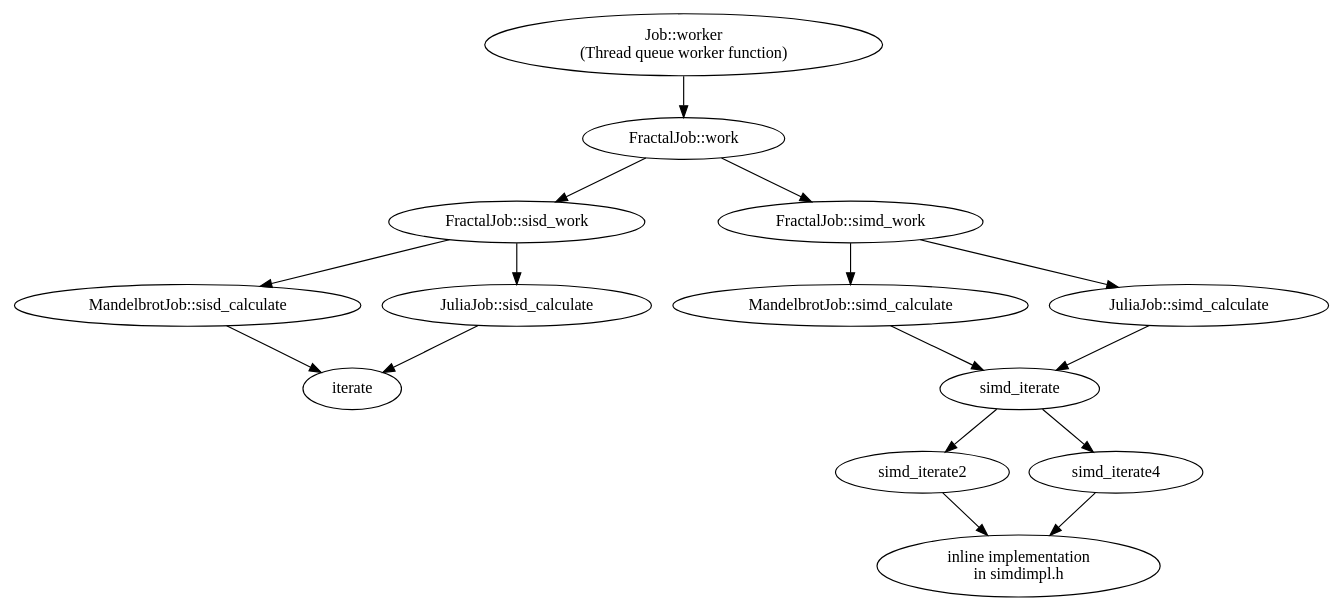
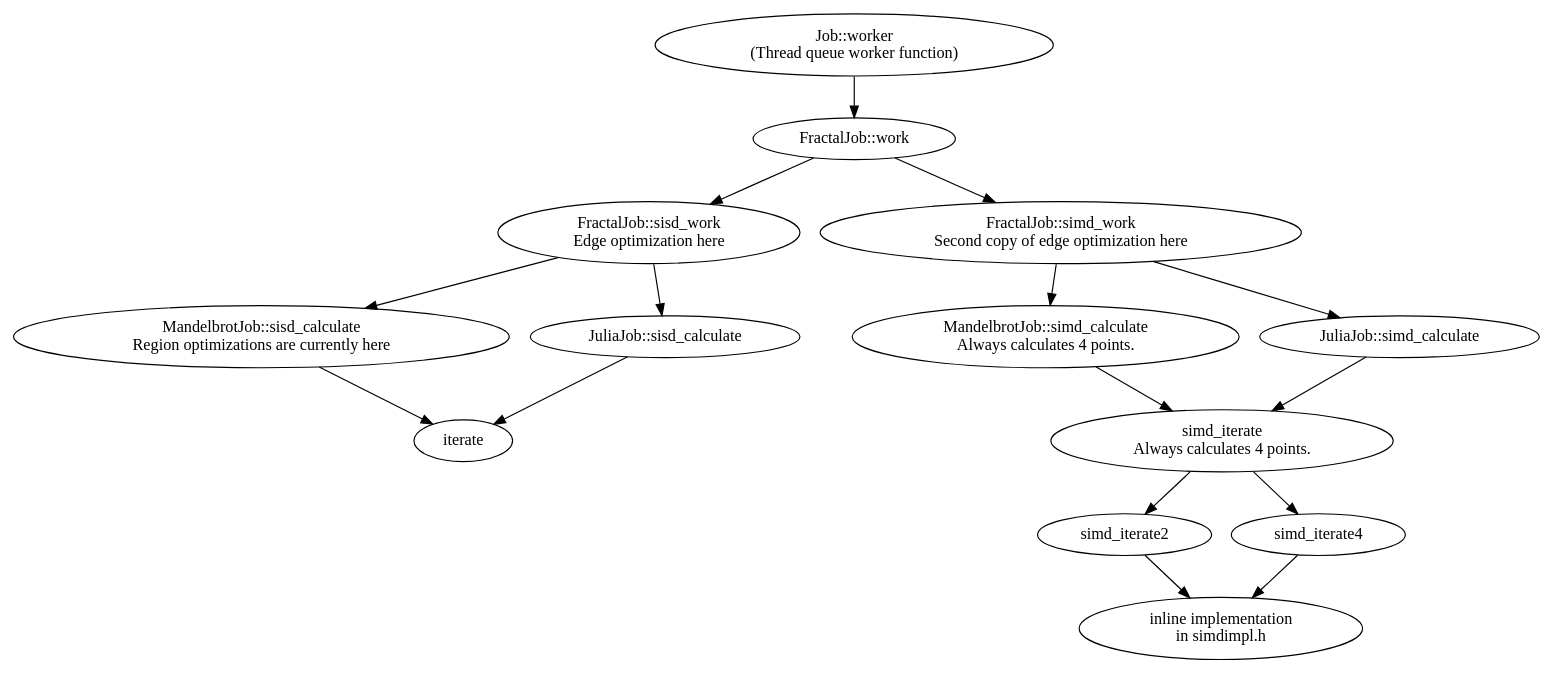
The diagram in lib/calltree.dot (ewxrjk/mandy), drawn with Graphviz before and after one commit. The commit also changed 4 other files, not shown here.

Commit message:
Split out Mandelbrot set region optimizations

```diff
--- a/lib/calltree.dot
+++ b/lib/calltree.dot
@@ -1,37 +1,41 @@
 digraph calltree {
 
   Job_worker -> FractalJob_work;
   Job_worker[label="Job::worker\n(Thread queue worker function)"];
 
   FractalJob_work -> FractalJob_sisd_work;
   FractalJob_work -> FractalJob_simd_work;
   FractalJob_work[label="FractalJob::work"];
 
   FractalJob_sisd_work -> MandelbrotJob_sisd_calculate;
   FractalJob_sisd_work -> JuliaJob_sisd_calculate;
-  FractalJob_sisd_work[label="FractalJob::sisd_work"];
+  FractalJob_sisd_work[label="FractalJob::sisd_work\nEdge optimization here"];
+  # The design is wrong; edge optimization should be in FractalJob::work.
 
   FractalJob_simd_work -> MandelbrotJob_simd_calculate;
   FractalJob_simd_work -> JuliaJob_simd_calculate;
-  FractalJob_simd_work[label="FractalJob::simd_work"];
+  FractalJob_simd_work[label="FractalJob::simd_work\nSecond copy of edge optimization here"];
 
   MandelbrotJob_sisd_calculate -> iterate;
-  MandelbrotJob_sisd_calculate[label="MandelbrotJob::sisd_calculate"];
+  MandelbrotJob_sisd_calculate[label="MandelbrotJob::sisd_calculate\nRegion optimizations are currently here"];
+  # The region optimizations are entirely missing from the SIMD code path.
+  # Again the design is wrong.
 
   MandelbrotJob_simd_calculate -> simd_iterate;
-  MandelbrotJob_simd_calculate[label="MandelbrotJob::simd_calculate"];
+  MandelbrotJob_simd_calculate[label="MandelbrotJob::simd_calculate\nAlways calculates 4 points."];
 
   JuliaJob_sisd_calculate -> iterate;
   JuliaJob_sisd_calculate[label="JuliaJob::sisd_calculate"];
 
   JuliaJob_simd_calculate -> simd_iterate;
   JuliaJob_simd_calculate[label="JuliaJob::simd_calculate"];
 
   simd_iterate -> simd_iterate2;
   simd_iterate -> simd_iterate4;
+  simd_iterate[label="simd_iterate\nAlways calculates 4 points."];
 
   simd_iterate2 -> simdimpl_h;
   simd_iterate4 -> simdimpl_h;
   simdimpl_h[label="inline implementation\nin simdimpl.h"];
   
 }
```
